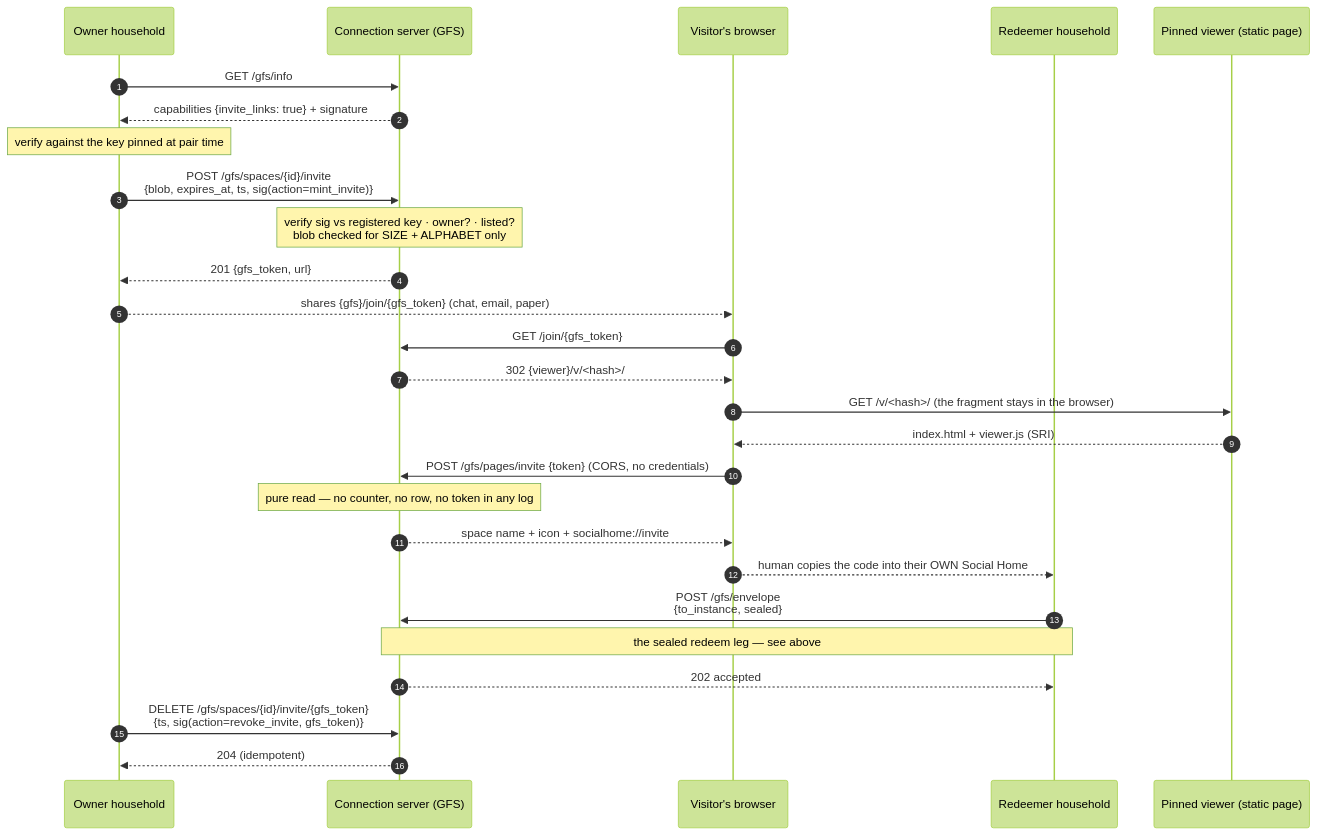
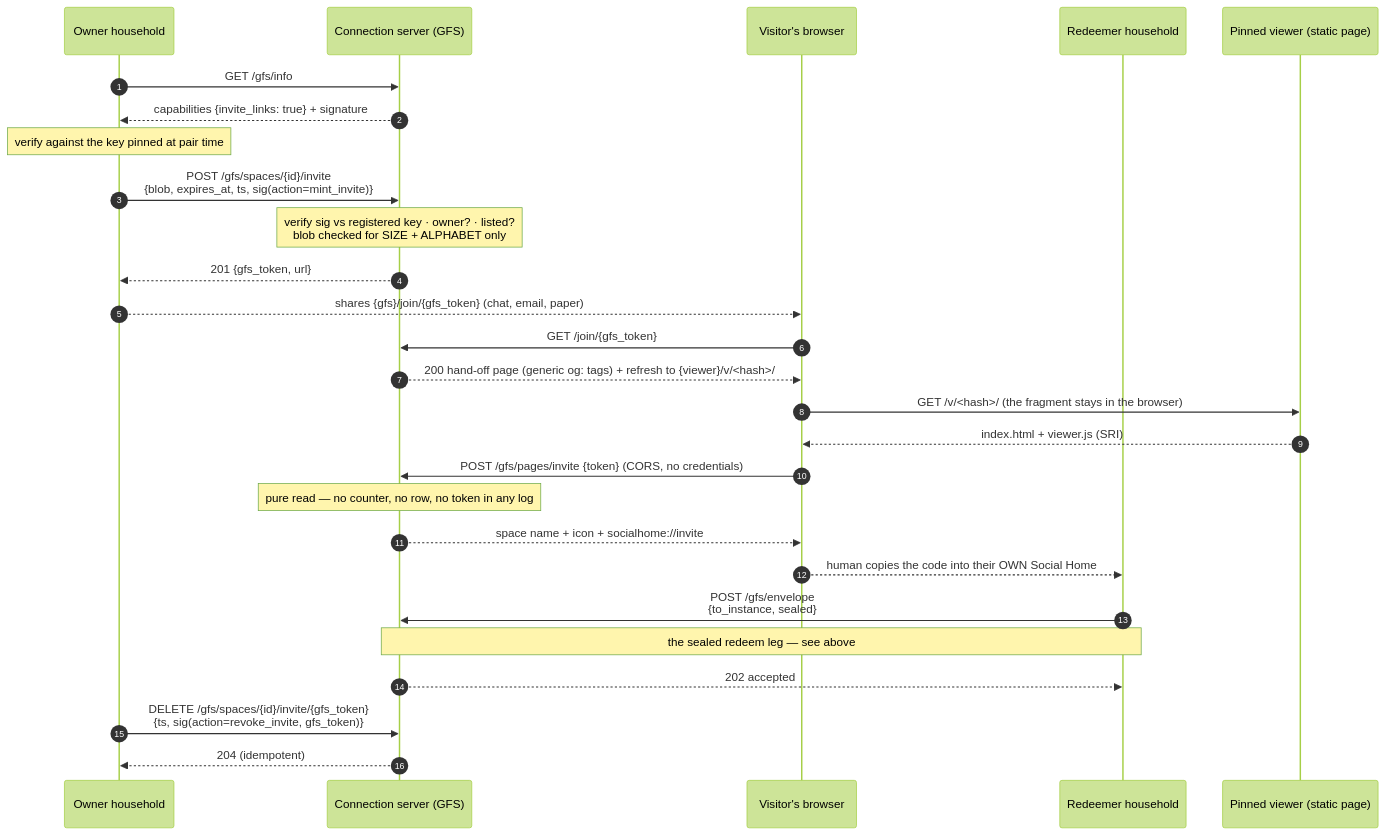
One commit to social-home-io/socialhome changed the first of 7 diagrams in docs/protocol/invites.md. Above: the diagram before and after it, drawn with Mermaid (forest theme). The commit also changed other lines of this file and 16 other files, not shown here.

````diff
--- a/docs/protocol/invites.md
+++ b/docs/protocol/invites.md
@@ -403,33 +408,33 @@
 ```mermaid
 sequenceDiagram
     autonumber
     participant O as Owner household
     participant G as Connection server (GFS)
     participant B as Visitor's browser
     participant R as Redeemer household
     participant V as Pinned viewer (static page)
 
     O->>G: GET /gfs/info
     G-->>O: capabilities {invite_links: true} + signature
     Note over O: verify against the key pinned at pair time
     O->>G: POST /gfs/spaces/{id}/invite<br/>{blob, expires_at, ts, sig(action=mint_invite)}
     Note over G: verify sig vs registered key · owner? · listed?<br/>blob checked for SIZE + ALPHABET only
     G-->>O: 201 {gfs_token, url}
     O-->>B: shares {gfs}/join/{gfs_token} (chat, email, paper)
 
     B->>G: GET /join/{gfs_token}
-    G-->>B: 302 {viewer}/v/<hash>/#v=join&g=…&t={gfs_token}
+    G-->>B: 200 hand-off page (generic og: tags) + refresh to {viewer}/v/<hash>/#v=join&g=…&t={gfs_token}
     B->>V: GET /v/<hash>/ (the fragment stays in the browser)
     V-->>B: index.html + viewer.js (SRI)
     B->>G: POST /gfs/pages/invite {token} (CORS, no credentials)
     Note over G: pure read — no counter, no row, no token in any log
     G-->>B: space name + icon + socialhome://invite#<blob> + QR
     B-->>R: human copies the code into their OWN Social Home
 
     R->>G: POST /gfs/envelope<br/>{to_instance, sealed}
     Note over G,R: the sealed redeem leg — see above
     G-->>R: 202 accepted
 
     O->>G: DELETE /gfs/spaces/{id}/invite/{gfs_token}<br/>{ts, sig(action=revoke_invite, gfs_token)}
     G-->>O: 204 (idempotent)
 ```
````
